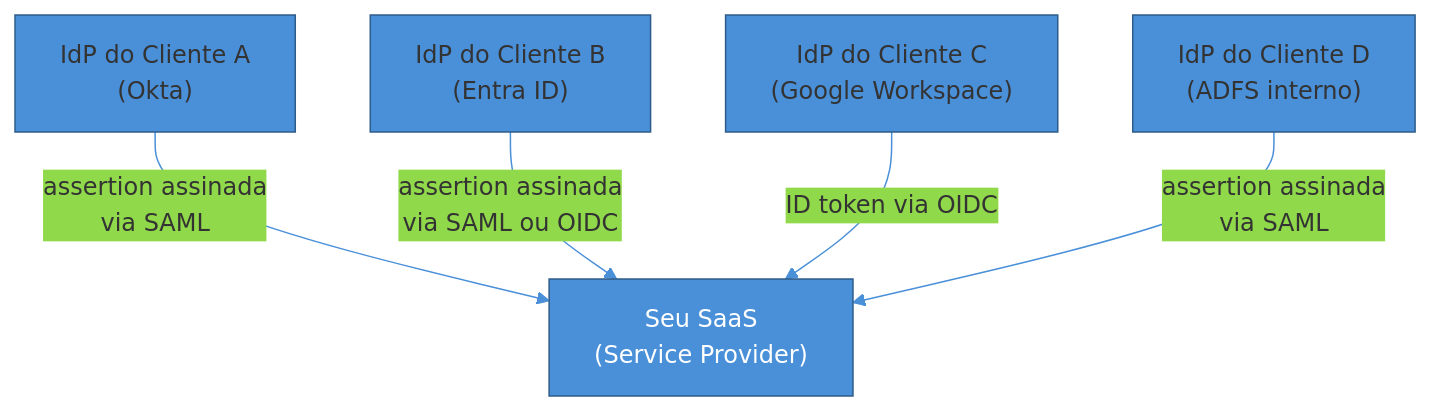
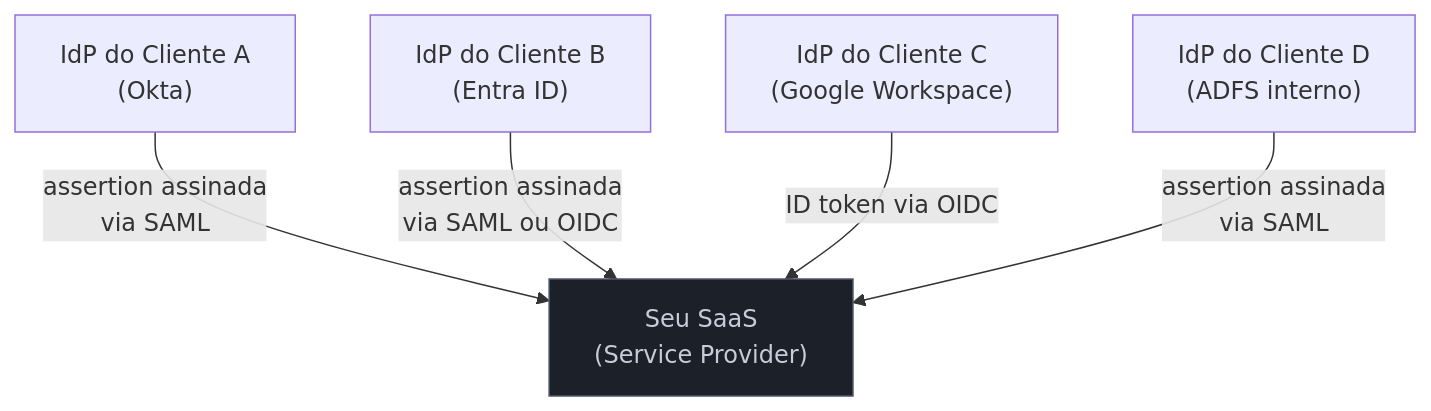
One commit to josenaldo/codex-technomanticus changed the second of 6 diagrams in 03-Dominios/Engenharia/Auth e Identidade/2 - OAuth 2.1 e OpenID Connect/06 - SSO corporativo — SAML, federação e SCIM.md. Above: the diagram before and after it, drawn with Mermaid. The commit also changed other lines of this file and 1181 other files, not shown here.

First line of the commit message:
fix(diagramas): paleta do sistema no lugar de cor cravada no markdown

````diff
--- a/03-Dominios/Engenharia/Auth e Identidade/2 - OAuth 2.1 e OpenID Connect/06 - SSO corporativo — SAML, federação e SCIM.md
+++ b/03-Dominios/Engenharia/Auth e Identidade/2 - OAuth 2.1 e OpenID Connect/06 - SSO corporativo — SAML, federação e SCIM.md
@@ -55,16 +56,16 @@
 ```mermaid
-%%{init: {"theme": "base", "themeVariables": {"primaryColor": "#4A90D9", "primaryBorderColor": "#2E5C8A", "lineColor": "#4A90D9"}}}%%
 graph TD
+    classDef neutro fill:#1B2029,stroke:#4E5666,color:#C6CCD8
     SaaS["Seu SaaS<br/>(Service Provider)"]
     IdpA["IdP do Cliente A<br/>(Okta)"]
     IdpB["IdP do Cliente B<br/>(Entra ID)"]
     IdpC["IdP do Cliente C<br/>(Google Workspace)"]
     IdpD["IdP do Cliente D<br/>(ADFS interno)"]
 
     IdpA -->|"assertion assinada<br/>via SAML"| SaaS
     IdpB -->|"assertion assinada<br/>via SAML ou OIDC"| SaaS
     IdpC -->|"ID token via OIDC"| SaaS
     IdpD -->|"assertion assinada<br/>via SAML"| SaaS
 
-    style SaaS fill:#4A90D9,color:#fff
+    class SaaS neutro
 ```
````
